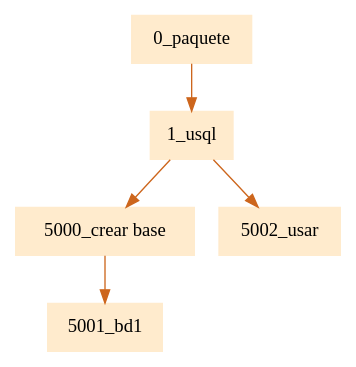
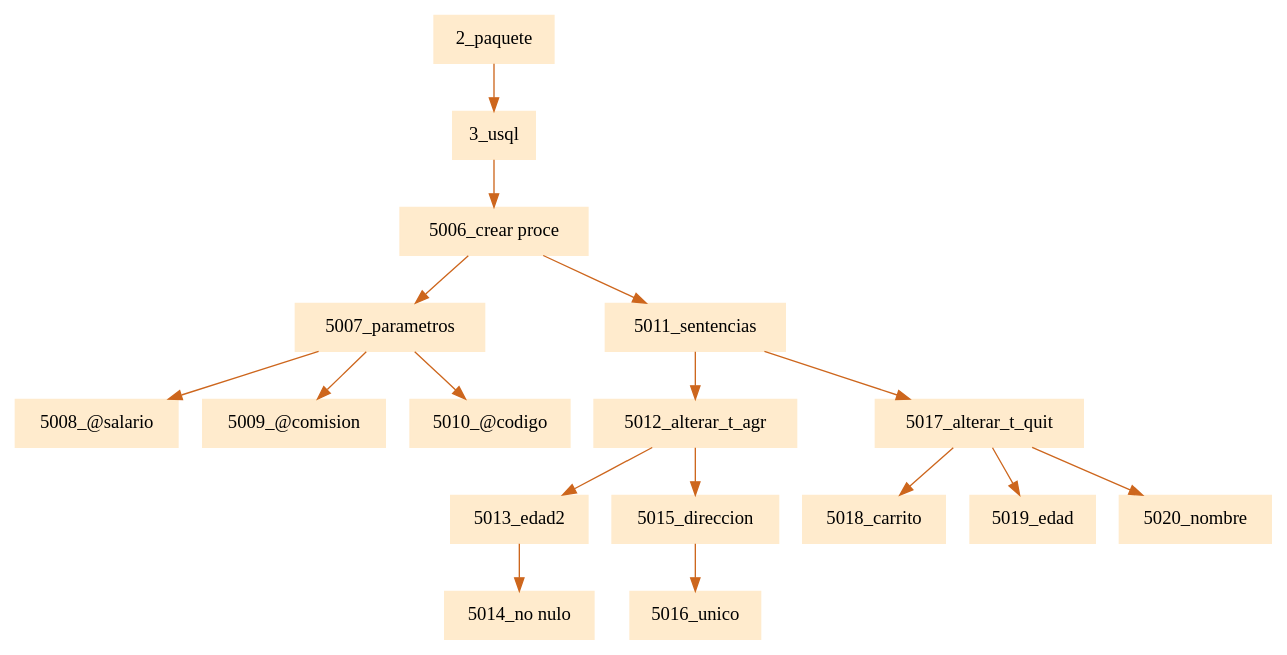
One commit to JamesMelgar/compi2javaccpr1 changed the diagram in pr1Compilarodores2/paquete.dot. Above: the diagram before and after it, drawn with Graphviz. The commit also changed 13 other files, not shown here.

```diff
--- a/pr1Compilarodores2/paquete.dot
+++ b/pr1Compilarodores2/paquete.dot
@@ -1,5 +1,5 @@
 digraph G {node[shape=box, style=filled, color=blanchedalmond]; edge[color=chocolate3];rankdir=UD 
 
-"0_paquete"->"1_usql""1_usql"->"5000_crear base""5000_crear base"->"5001_bd1""1_usql"->"5002_usar"
+"2_paquete"->"3_usql""3_usql"->"5006_crear proce""5006_crear proce"->"5007_parametros""5007_parametros"->"5008_@salario""5007_parametros"->"5009_@comision""5007_parametros"->"5010_@codigo""5006_crear proce"->"5011_sentencias""5011_sentencias"->"5012_alterar_t_agr""5012_alterar_t_agr"->"5013_edad2""5013_edad2"->"5014_no nulo""5012_alterar_t_agr"->"5015_direccion""5015_direccion"->"5016_unico""5011_sentencias"->"5017_alterar_t_quit""5017_alterar_t_quit"->"5018_carrito""5017_alterar_t_quit"->"5019_edad""5017_alterar_t_quit"->"5020_nombre"
 
 }
```
